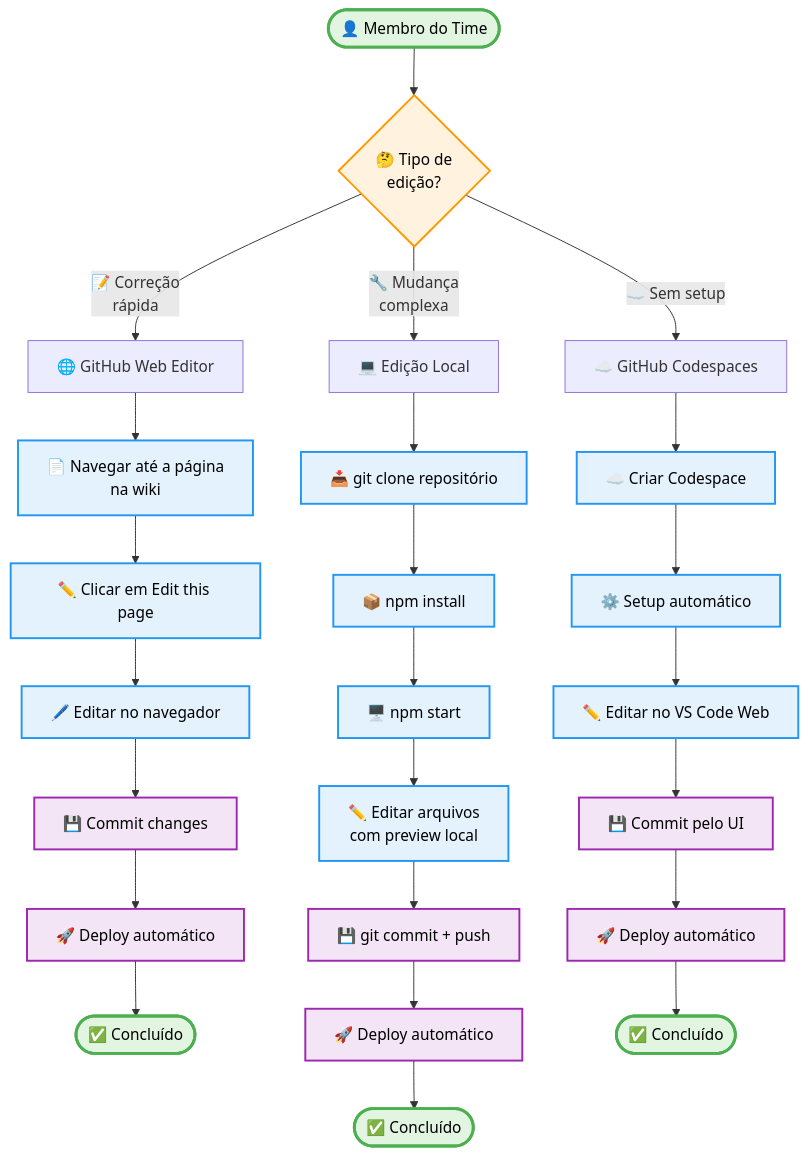
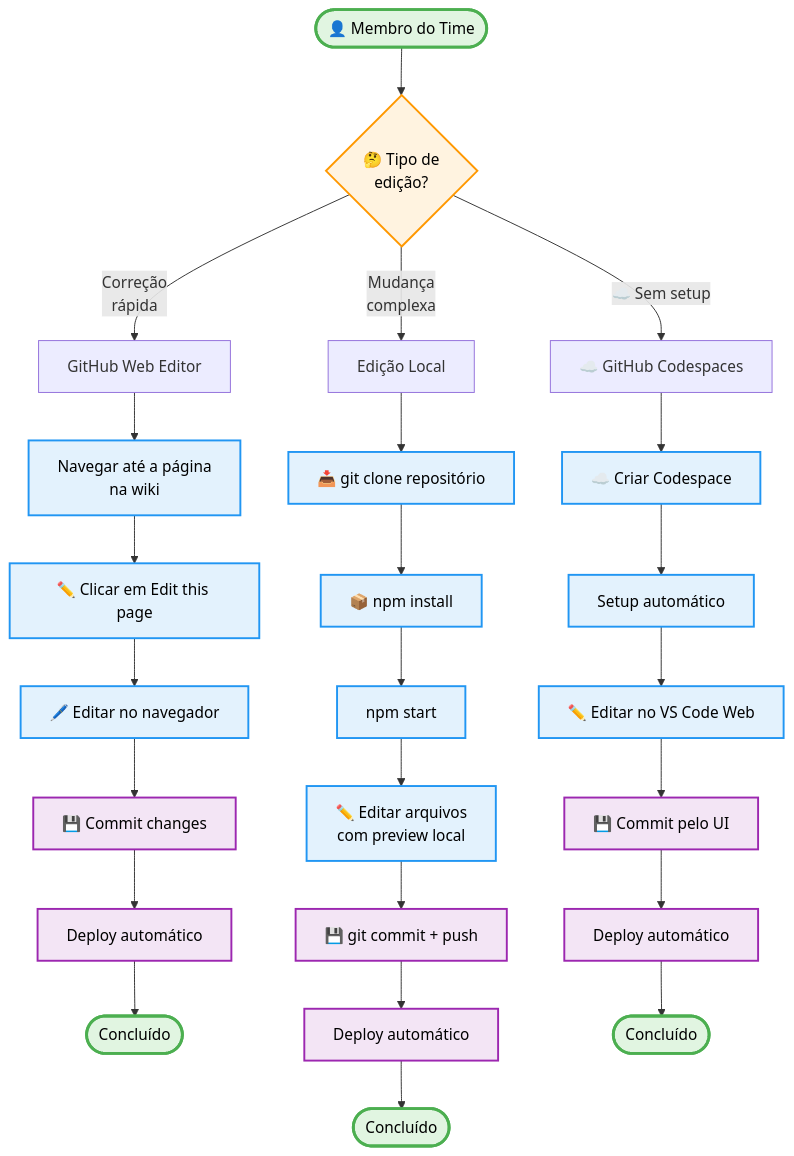
One commit to fabioeducacross/Ambiente_de_Prototipacao_V5 changed the first of 2 diagrams in documentation/docs/guides/editing-docs.md. Above: the diagram before and after it, drawn with Mermaid. The commit also changed other lines of this file and 60 other files, not shown here.

````diff
--- a/documentation/docs/guides/editing-docs.md
+++ b/documentation/docs/guides/editing-docs.md
@@ -13,40 +31,40 @@
 ```mermaid
 graph TD
     Start([👤 Membro do Time]) --> Decision1{🤔 Tipo de<br/>edição?}
     
-    Decision1 -->|📝 Correção<br/>rápida| GitHub[🌐 GitHub Web Editor]
-    Decision1 -->|🔧 Mudança<br/>complexa| Local[💻 Edição Local]
+    Decision1 -->|<IconEdit /> Correção<br/>rápida| GitHub[<IconGlobe /> GitHub Web Editor]
+    Decision1 -->|<IconSettings /> Mudança<br/>complexa| Local[<IconCode /> Edição Local]
     Decision1 -->|☁️ Sem setup| Codespaces[☁️ GitHub Codespaces]
     
-    GitHub --> Navigate1[📄 Navegar até a página<br/>na wiki]
+    GitHub --> Navigate1[<IconDocument /> Navegar até a página<br/>na wiki]
     Navigate1 --> ClickEdit[✏️ Clicar em Edit this page]
     ClickEdit --> EditOnline[🖊️ Editar no navegador]
     EditOnline --> Commit1[💾 Commit changes]
-    Commit1 --> Deploy1[🚀 Deploy automático]
-    Deploy1 --> End1([✅ Concluído])
+    Commit1 --> Deploy1[<IconRocket /> Deploy automático]
+    Deploy1 --> End1([<IconCheck /> Concluído])
     
     Local --> Clone[📥 git clone repositório]
     Clone --> Install[📦 npm install]
-    Install --> StartServer[🖥️ npm start]
+    Install --> StartServer[<IconCode /> npm start]
     StartServer --> EditLocal[✏️ Editar arquivos<br/>com preview local]
     EditLocal --> Commit2[💾 git commit + push]
-    Commit2 --> Deploy2[🚀 Deploy automático]
-    Deploy2 --> End2([✅ Concluído])
+    Commit2 --> Deploy2[<IconRocket /> Deploy automático]
+    Deploy2 --> End2([<IconCheck /> Concluído])
     
     Codespaces --> CreateSpace[☁️ Criar Codespace]
-    CreateSpace --> AutoSetup[⚙️ Setup automático]
+    CreateSpace --> AutoSetup[<IconSettings /> Setup automático]
     AutoSetup --> EditCloud[✏️ Editar no VS Code Web]
     EditCloud --> Commit3[💾 Commit pelo UI]
-    Commit3 --> Deploy3[🚀 Deploy automático]
-    Deploy3 --> End3([✅ Concluído])
+    Commit3 --> Deploy3[<IconRocket /> Deploy automático]
+    Deploy3 --> End3([<IconCheck /> Concluído])
     
     classDef startEnd fill:#e1f5e1,stroke:#4caf50,stroke-width:3px,color:#000
     classDef action fill:#e3f2fd,stroke:#2196f3,stroke-width:2px,color:#000
     classDef decision fill:#fff3e0,stroke:#ff9800,stroke-width:2px,color:#000
     classDef deploy fill:#f3e5f5,stroke:#9c27b0,stroke-width:2px,color:#000
     
     class Start,End1,End2,End3 startEnd
     class Navigate1,ClickEdit,EditOnline,Clone,Install,StartServer,EditLocal,CreateSpace,AutoSetup,EditCloud action
     class Decision1 decision
     class Commit1,Commit2,Commit3,Deploy1,Deploy2,Deploy3 deploy
 ```
````
